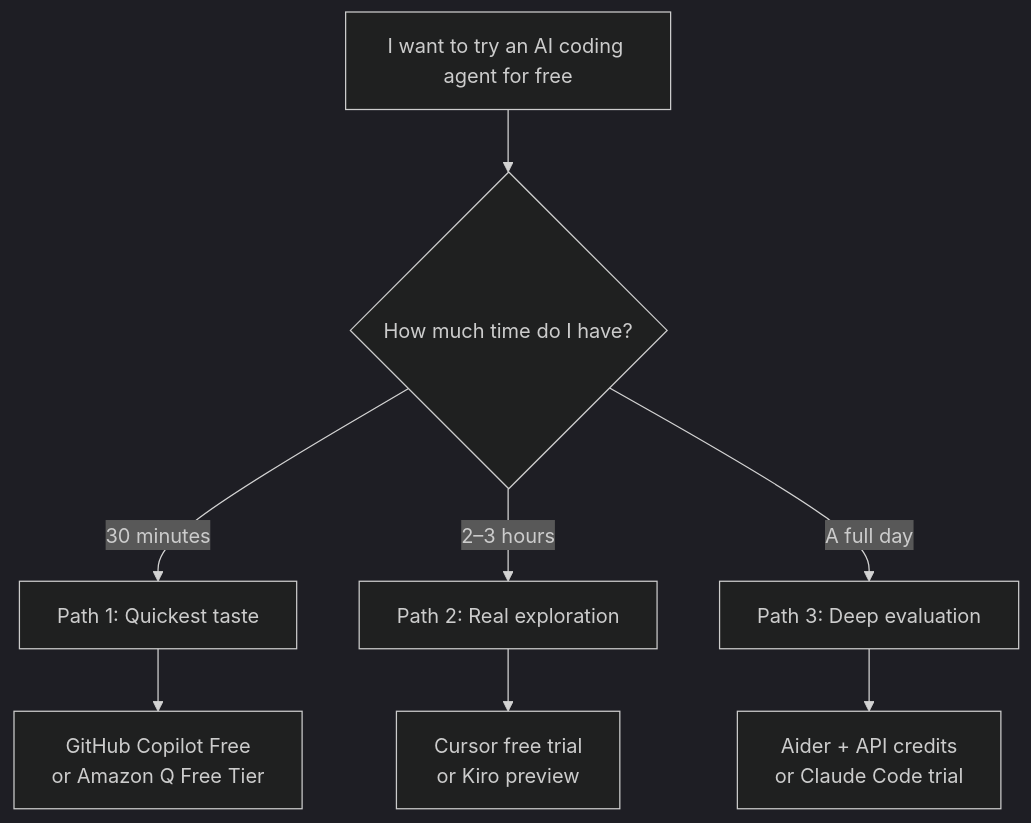
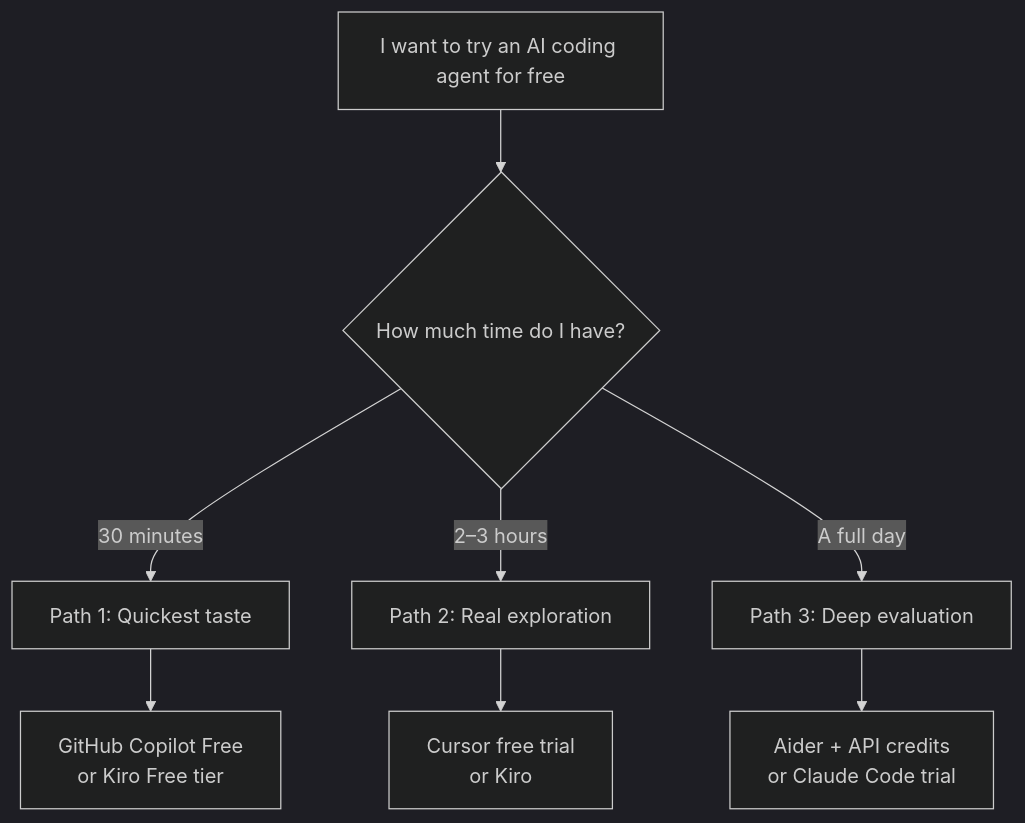
One commit to bernardmendonca/ai-engineering-playbook changed the first of 2 diagrams in ai-coding-agents/getting-started-free.md. Above: the diagram before and after it, drawn with Mermaid (dark theme). The commit also changed other lines of this file and 16 other files, not shown here.

````diff
--- a/ai-coding-agents/getting-started-free.md
+++ b/ai-coding-agents/getting-started-free.md
@@ -15,11 +15,11 @@
 ```mermaid
 flowchart TD
     A[I want to try an AI coding agent for free] --> B{How much time do I have?}
     B -->|30 minutes| C[Path 1: Quickest taste]
     B -->|2–3 hours| D[Path 2: Real exploration]
     B -->|A full day| E[Path 3: Deep evaluation]
 
-    C --> C1[GitHub Copilot Free<br/>or Amazon Q Free Tier]
-    D --> D1[Cursor free trial<br/>or Kiro preview]
+    C --> C1[GitHub Copilot Free<br/>or Kiro Free tier]
+    D --> D1[Cursor free trial<br/>or Kiro]
     E --> E1[Aider + API credits<br/>or Claude Code trial]
 ```
````
